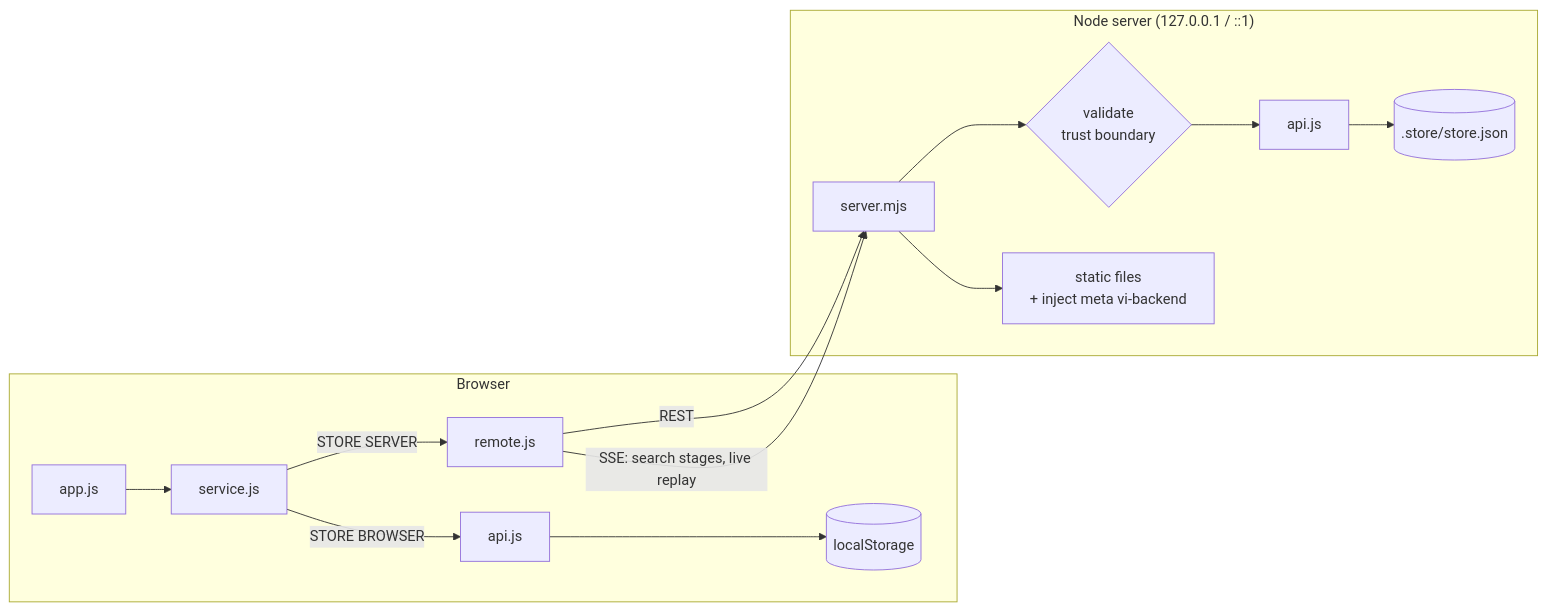
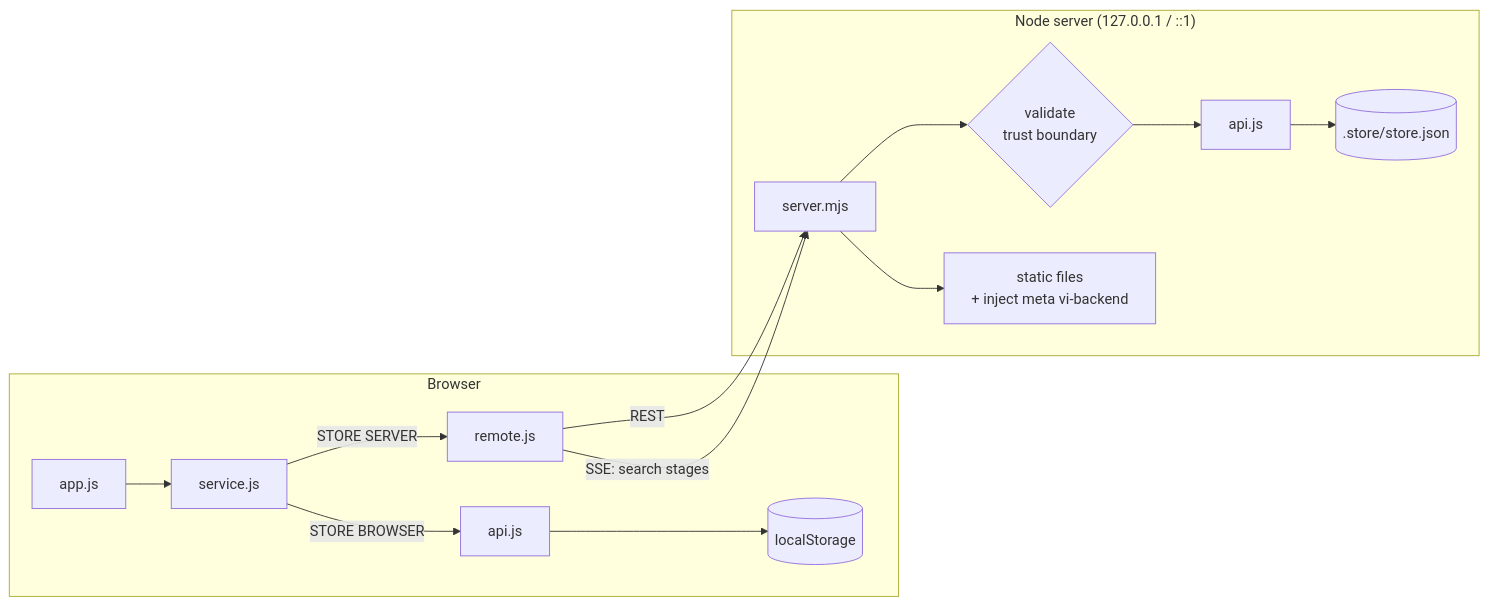
The second of 8 diagrams in ARCHITECTURE.md (NoelMS/video-intel), drawn with Mermaid before and after one commit. The commit also changed other lines of this file and 10 other files, not shown here.

Commit message:
Live shows the live cameras: capture state, latest detections and alerts; no replay of recorded footage

````diff
--- a/ARCHITECTURE.md
+++ b/ARCHITECTURE.md
@@ -52,17 +52,17 @@
 ```mermaid
 flowchart LR
   subgraph Browser
     UI[app.js] --> SVC[service.js]
     SVC -->|STORE BROWSER| LAPI[api.js]
     LAPI --> LS[(localStorage)]
     SVC -->|STORE SERVER| RM[remote.js]
   end
   subgraph "Node server (127.0.0.1 / ::1)"
     SRV[server.mjs] --> VAL{validate<br/>trust boundary}
     VAL --> SAPI[api.js]
     SAPI --> FS[(.store/store.json)]
     SRV --> STATIC[static files<br/>+ inject meta vi-backend]
   end
   RM -->|REST| SRV
-  RM -->|SSE: search stages, live replay| SRV
+  RM -->|SSE: search stages| SRV
 ```
````
